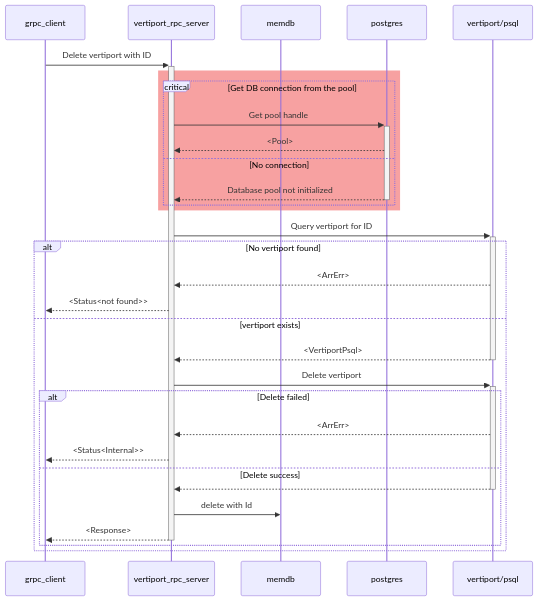
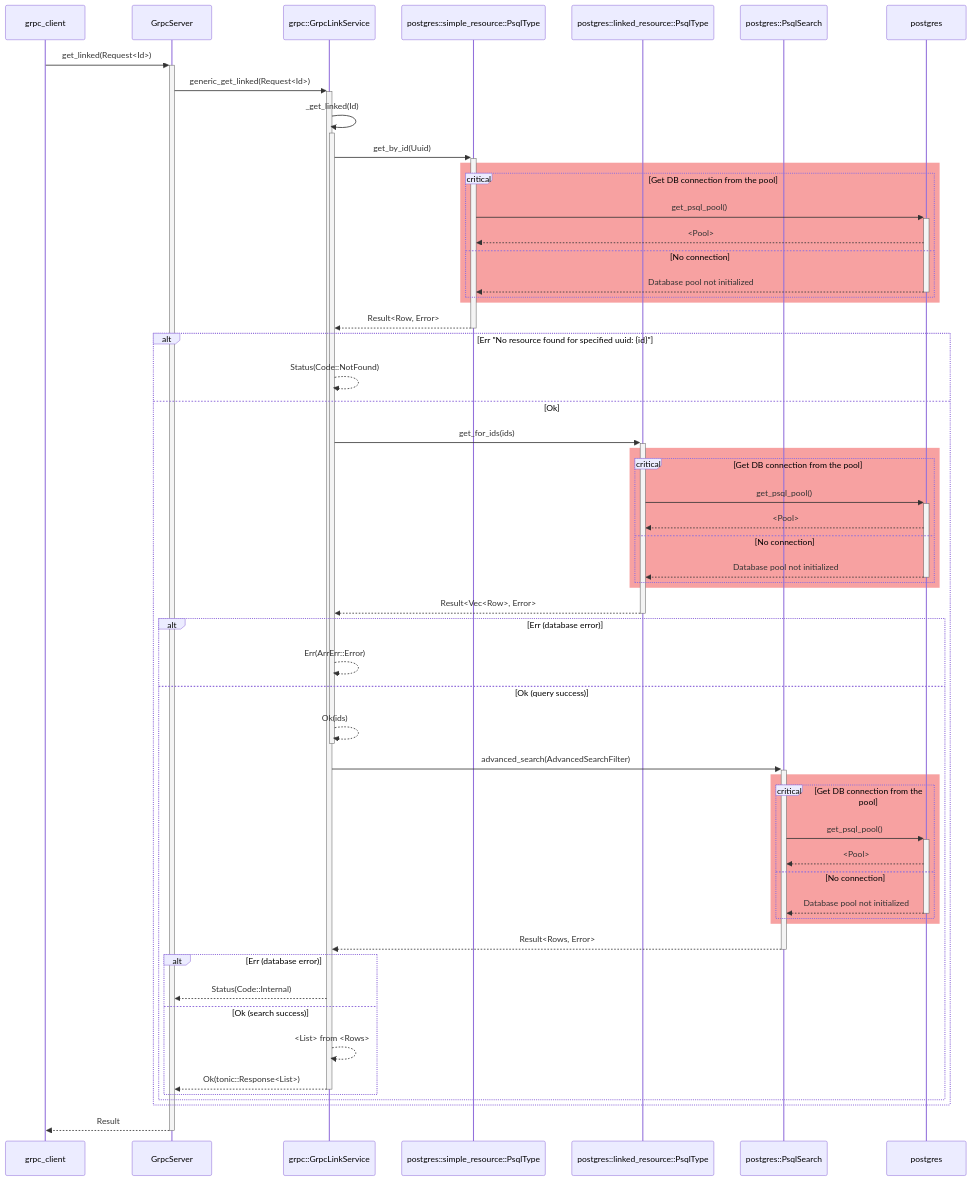
One commit to aetheric-oss/svc-storage changed diagram 12 of 13 in docs/sdd.md. Above: the diagram before and after it, drawn with Mermaid. The commit also changed other lines of this file and 2 other files, not shown here.

````diff
--- a/docs/sdd.md
+++ b/docs/sdd.md
@@ -466,33 +573,59 @@
 ```mermaid
 sequenceDiagram
     participant client as grpc_client
-    participant grpc as vertiport_rpc_server
-    participant memdb as memdb
+    participant grpc_server as GrpcServer
+    participant grpc_service as grpc::GrpcLinkService
+    participant psql_simple as postgres::simple_resource::PsqlType
+    participant psql_linked as postgres::linked_resource::PsqlType
+    participant psql_search as postgres::PsqlSearch
     participant psql as postgres
-    participant psql_vp as vertiport/psql
-    client->>+grpc: Delete vertiport with ID
+    client->>+grpc_server: get_linked(Request<Id>)
+    grpc_server->>+grpc_service: generic_get_linked(Request<Id>)
+    grpc_service->>+grpc_service: _get_linked(Id)
+    grpc_service->>+psql_simple: get_by_id(Uuid)
     rect rgb(247, 161, 161)
         critical Get DB connection from the pool
-            grpc->>+psql: Get pool handle
-            psql-->>grpc: <Pool>
+            psql_simple->>+psql: get_psql_pool()
+            psql-->>psql_simple: <Pool>
         option No connection
-            psql-->>-grpc: Database pool not initialized
+            psql-->>-psql_simple: Database pool not initialized
         end
     end
-    grpc->>+psql_vp: Query vertiport for ID
-    alt No vertiport found
-        psql_vp-->>grpc: <ArrErr>
-        grpc-->>client: <Status<not found>>
-    else vertiport exists
-        psql_vp-->>-grpc: <VertiportPsql>
-        grpc->>+psql_vp: Delete vertiport
-        alt Delete failed
-            psql_vp-->>grpc: <ArrErr>
-            grpc-->>client: <Status<Internal>>
-        else Delete success
-            psql_vp-->>-grpc: 
-            grpc->>memdb: delete with Id
-            grpc-->>-client: <Response>
+    psql_simple-->>-grpc_service: Result<Row, Error>
+    alt Err "No resource found for specified uuid: {id}"
+        grpc_service-->>grpc_service: Status(Code::NotFound)
+    else Ok
+        grpc_service->>+psql_linked: get_for_ids(ids)
+        rect rgb(247, 161, 161)
+            critical Get DB connection from the pool
+                psql_linked->>+psql: get_psql_pool()
+                psql-->>psql_linked: <Pool>
+            option No connection
+                psql-->>-psql_linked: Database pool not initialized
+            end
+        end
+        psql_linked-->>-grpc_service: Result<Vec<Row>, Error>
+        alt Err (database error)
+            grpc_service-->>grpc_service: Err(ArrErr::Error)
+        else Ok (query success)
+            grpc_service-->>-grpc_service: Ok(ids)
+            grpc_service->>+psql_search: advanced_search(AdvancedSearchFilter)
+            rect rgb(247, 161, 161)
+                critical Get DB connection from the pool
+                    psql_search->>+psql: get_psql_pool()
+                    psql-->>psql_search: <Pool>
+                option No connection
+                    psql-->>-psql_search: Database pool not initialized
+                end
+            end
+            psql_search-->>-grpc_service: Result<Rows, Error>
+            alt Err (database error)
+                grpc_service-->>grpc_server: Status(Code::Internal)
+            else Ok (search success)
+                grpc_service-->>grpc_service: <List> from <Rows>
+                grpc_service-->>-grpc_server: Ok(tonic::Response<List>)
+            end
         end
     end
+    grpc_server-->>-client: Result
 ```
````
